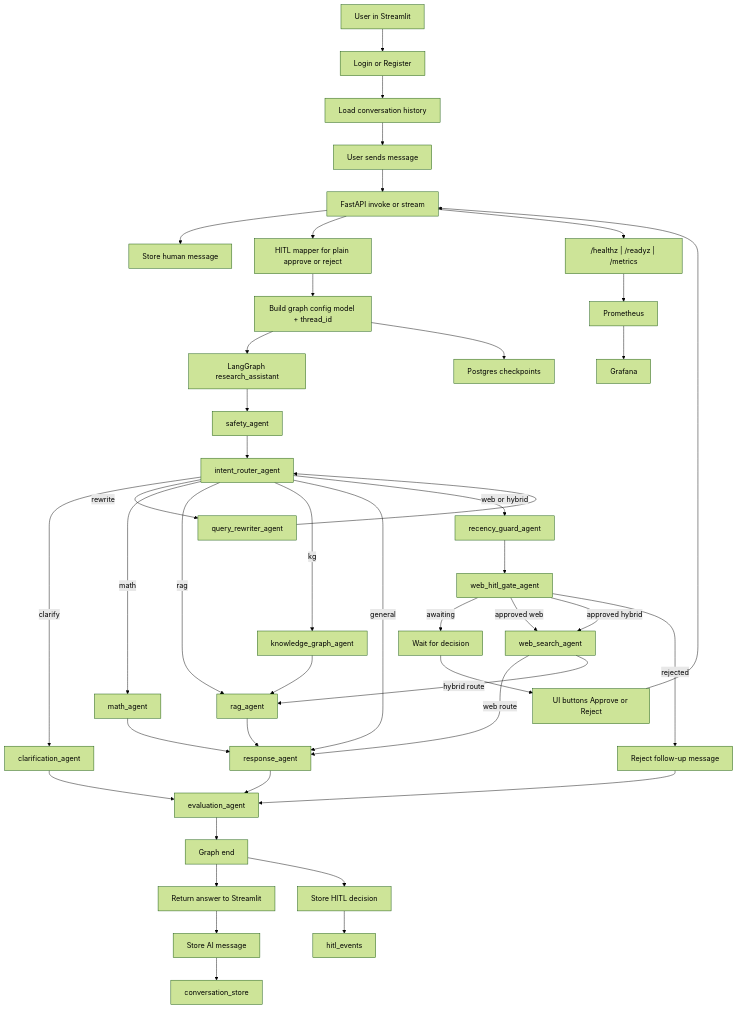
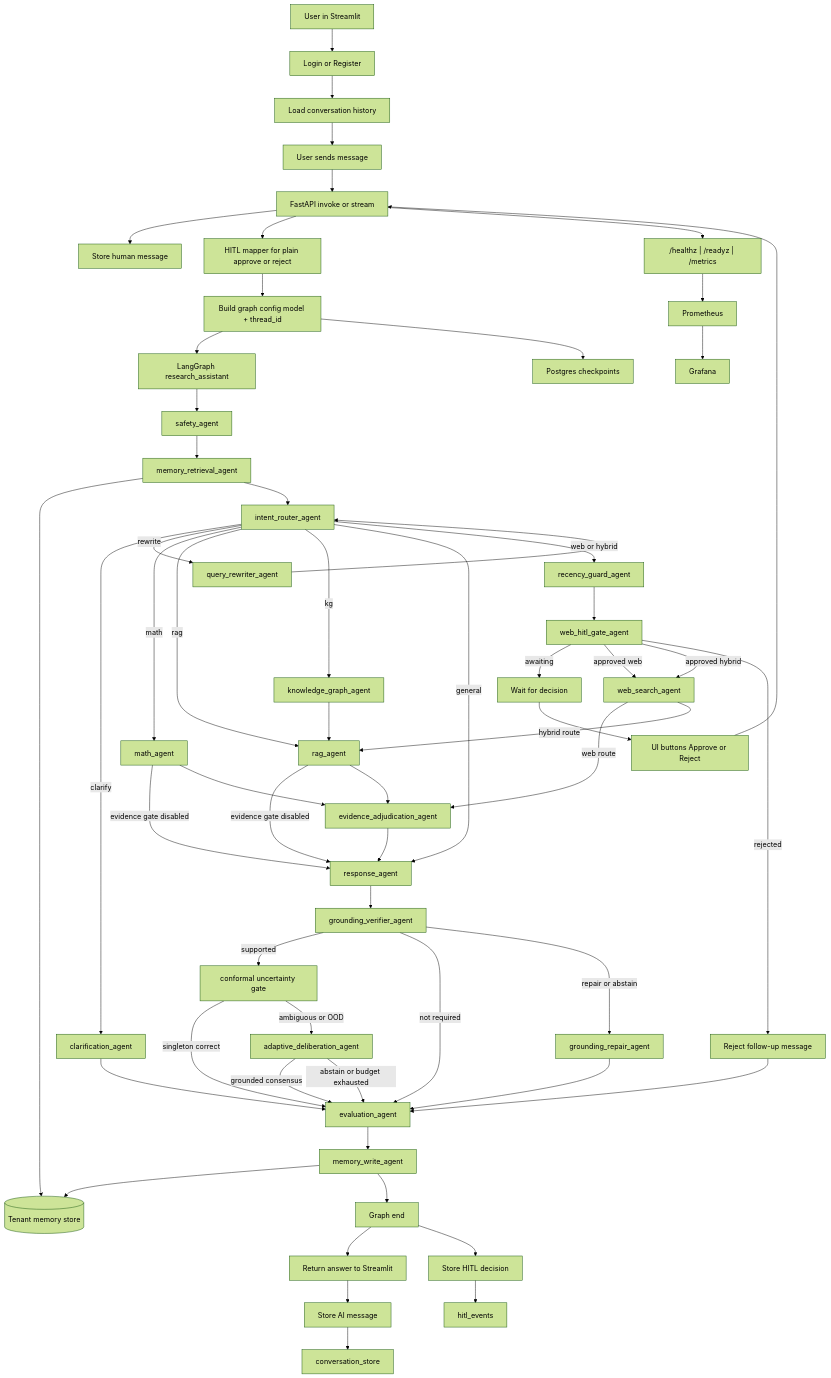
The diagram in docs/architecture/agent_runtime_flow.md (Theepankumargandhi/Multi-Agent-Orchestration), drawn with Mermaid (forest theme) before and after one commit. The commit also changed other lines of this file and 213 other files, not shown here.

````diff
--- a/docs/architecture/agent_runtime_flow.md
+++ b/docs/architecture/agent_runtime_flow.md
@@ -10,61 +10,76 @@
 ```mermaid
 flowchart TD
     U[User in Streamlit] --> AUTH[Login or Register]
     AUTH --> HIST[Load conversation history]
     HIST --> Q[User sends message]
     Q --> API[FastAPI invoke or stream]
 
     API --> STOREH[Store human message]
     API --> HMAP[HITL mapper for plain approve or reject]
     HMAP --> CFG[Build graph config model + thread_id]
     CFG --> LG[LangGraph research_assistant]
     CFG --> CHK[Postgres checkpoints]
 
     LG --> SA[safety_agent]
-    SA --> IR[intent_router_agent]
+    SA --> MR[memory_retrieval_agent]
+    MR --> MEM[(Tenant memory store)]
+    MR --> IR[intent_router_agent]
 
     IR -->|clarify| CA[clarification_agent]
     CA --> EVA[evaluation_agent]
 
     IR -->|rewrite| QR[query_rewriter_agent]
     QR --> IR
 
     IR -->|math| MA[math_agent]
-    MA --> RESP[response_agent]
+    MA -->|evidence gate disabled| RESP[response_agent]
 
     IR -->|rag| RA[rag_agent]
-    RA --> RESP
+    RA -->|evidence gate disabled| RESP
 
     IR -->|kg| KG[knowledge_graph_agent]
     KG --> RA
 
     IR -->|general| RESP
 
     IR -->|web or hybrid| RG[recency_guard_agent]
     RG --> WH[web_hitl_gate_agent]
 
     WH -->|awaiting| WAIT[Wait for decision]
     WAIT --> BTN[UI buttons Approve or Reject]
     BTN --> API
 
     WH -->|approved web| WS[web_search_agent]
-    WS -->|web route| RESP
+    WS -->|web route| EQ[evidence_adjudication_agent]
 
     WH -->|approved hybrid| WS
     WS -->|hybrid route| RA
 
     WH -->|rejected| REJ[Reject follow-up message]
     REJ --> EVA
 
-    RESP --> EVA
-    EVA --> END[Graph end]
+    RA --> EQ
+    MA --> EQ
+    EQ --> RESP
+    RESP --> GV[grounding_verifier_agent]
+    GV -->|supported| UC[conformal uncertainty gate]
+    UC -->|singleton correct| EVA
+    UC -->|ambiguous or OOD| AD[adaptive_deliberation_agent]
+    AD -->|grounded consensus| EVA
+    AD -->|abstain or budget exhausted| EVA
+    GV -->|not required| EVA
+    GV -->|repair or abstain| GR[grounding_repair_agent]
+    GR --> EVA
+    EVA --> MW[memory_write_agent]
+    MW --> MEM
+    MW --> END[Graph end]
     END --> APIRESP[Return answer to Streamlit]
     APIRESP --> STOREA[Store AI message]
     STOREA --> CST[conversation_store]
     END --> HITLDB[Store HITL decision]
     HITLDB --> HITL[hitl_events]
 
     API --> METRICS["/healthz | /readyz | /metrics"]
     METRICS --> PROM[Prometheus]
     PROM --> GRAF[Grafana]
 ```
````
